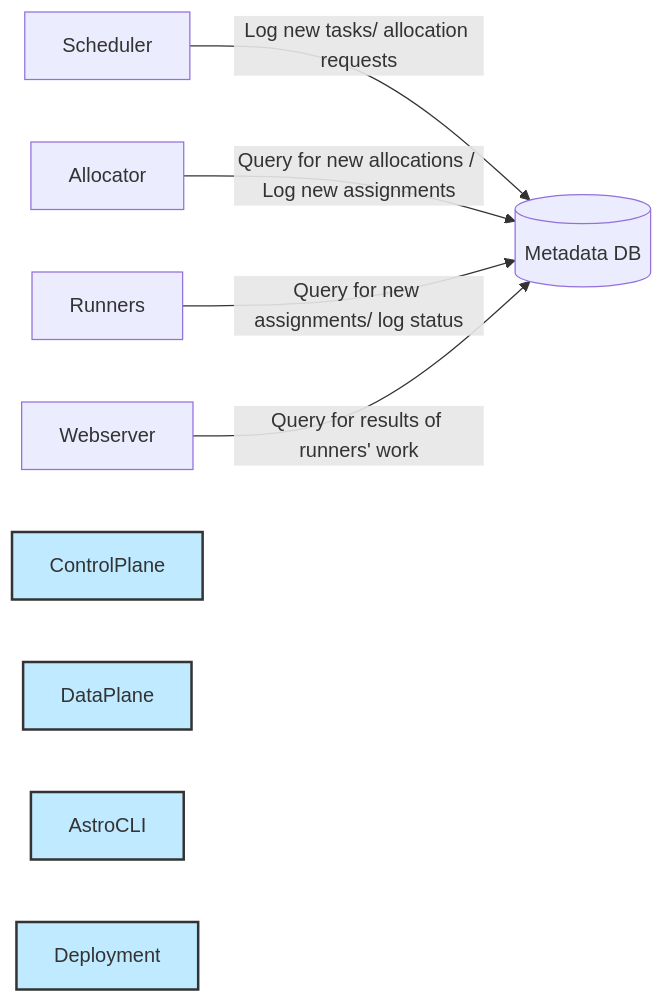
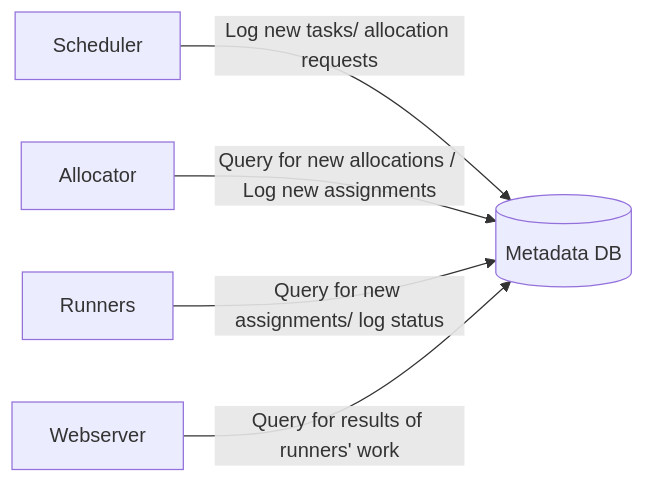
One commit to keu/docs changed the diagram in astro/runtime-executor.md. Above: the diagram before and after it, drawn with Mermaid.

````diff
--- a/astro/runtime-executor.md
+++ b/astro/runtime-executor.md
@@ -36,12 +36,8 @@
 ```mermaid 
 flowchart LR;
 classDef astro fill:#dbcdf6,stroke:#333,stroke-width:2px;
     A[Scheduler]-->|Log new tasks/ allocation requests| B[(Metadata DB)];
     C[Allocator]-->|Query for new allocations / Log new assignments| B;
     D[Runners]-->|Query for new assignments/ log status|B;
     E[Webserver]-->|Query for results of runners' work|B;
-    style ControlPlane fill:#bfeaff,stroke:#333,stroke-width:2px
-    style DataPlane fill:#bfeaff,stroke:#333,stroke-width:2px
-    style AstroCLI fill:#bfeaff,stroke:#333,stroke-width:2px
-    style Deployment fill:#bfeaff,stroke:#333,stroke-width:2px
 ```
````
